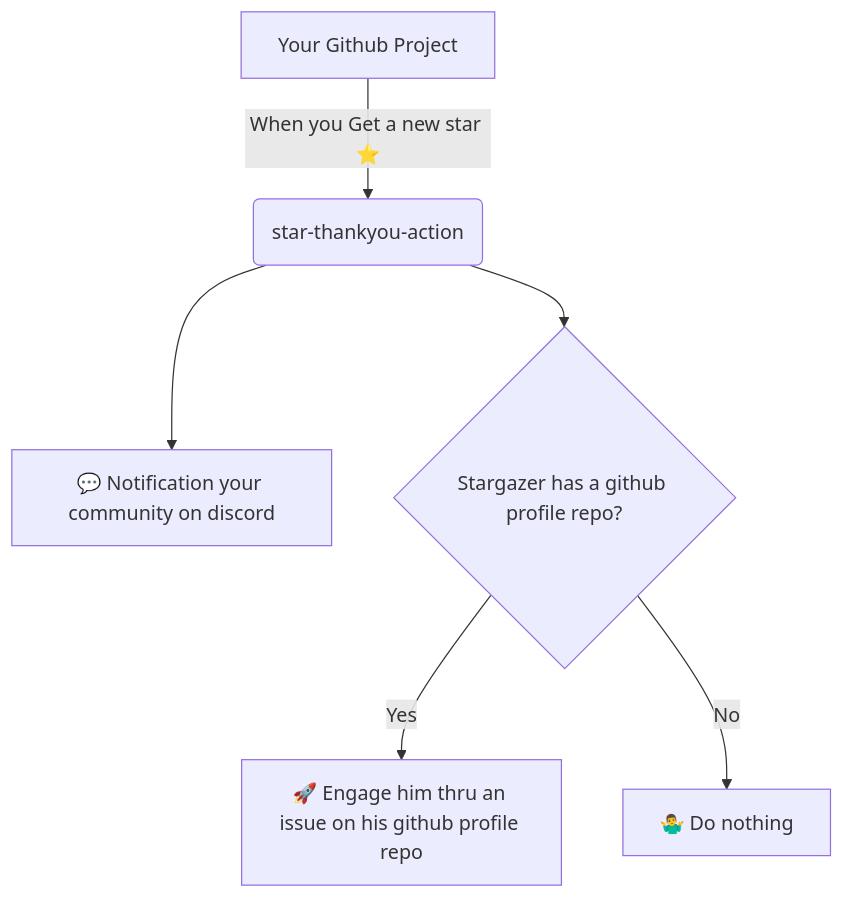
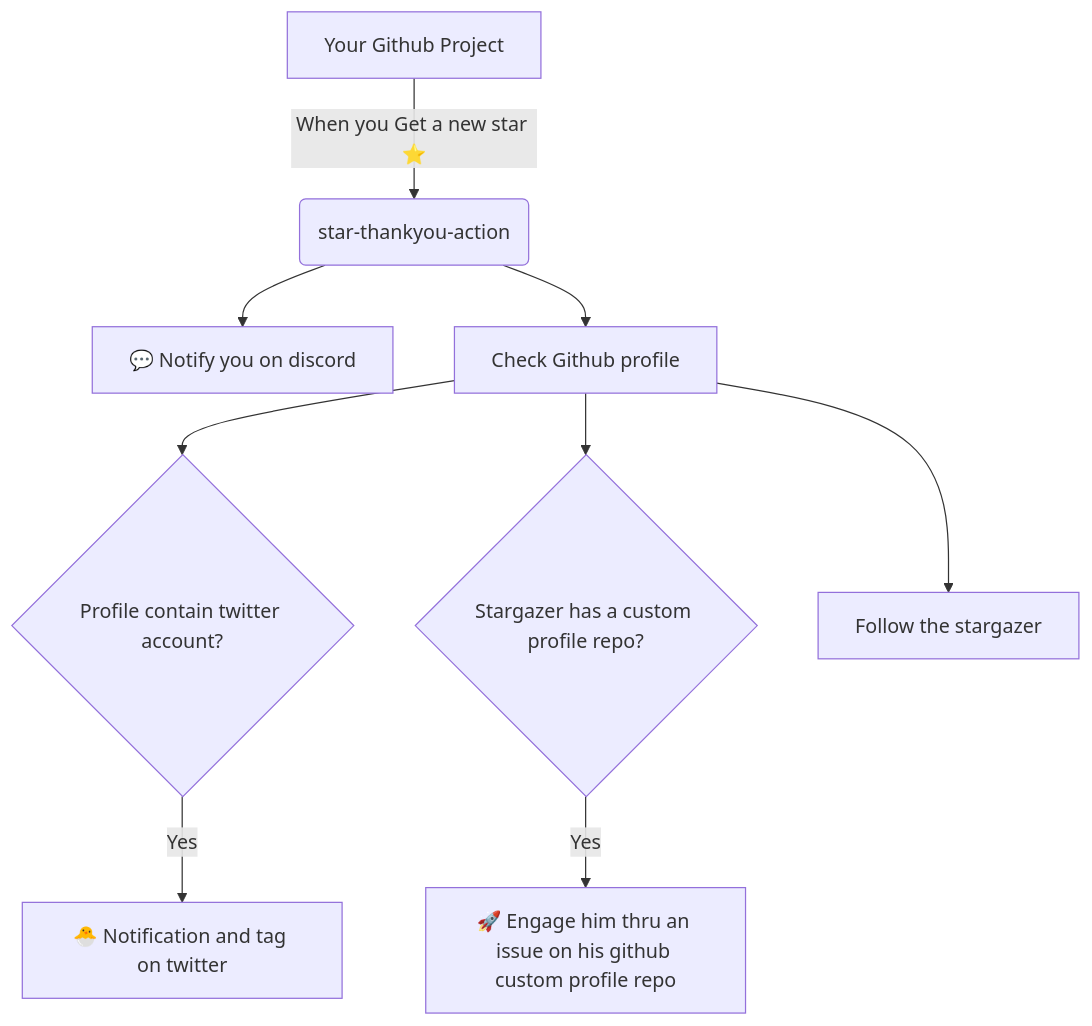
One commit to atalent-labs/star-engagement-action changed the diagram in README.md. Above: the diagram before and after it, drawn with Mermaid. The commit also changed other lines of this file, not shown here.

````diff
--- a/README.md
+++ b/README.md
@@ -15,8 +18,11 @@
 ```mermaid
 graph TD
     Project[Your Github Project] -->|"When you Get a new star ⭐️"| Action("star-thankyou-action")
-    Action --> Discord["💬 Notification your community on discord"]
-    Action --> Github{Stargazer has a github profile repo?}
-    Github -->|Yes| OK["🚀 Engage him thru an issue on his github profile repo"]
-    Github -->|No| KO["🤷‍♂️ Do nothing"]
+    Action --> Discord["💬 Notify you on discord"]
+    Action --> Github["Check Github profile"]
+    Github --> hasTwitter{Profile contain twitter account?}
+    hasTwitter -->|Yes| Twitter["🐣 Notification and tag on twitter"]
+    Github --> GithubProfile{Stargazer has a custom profile repo?}
+    GithubProfile -->|Yes| ProfileRepo["🚀 Engage him thru an issue on his github custom profile repo"]
+    Github --> GithubFollow["Follow the stargazer"]
 ```
````
